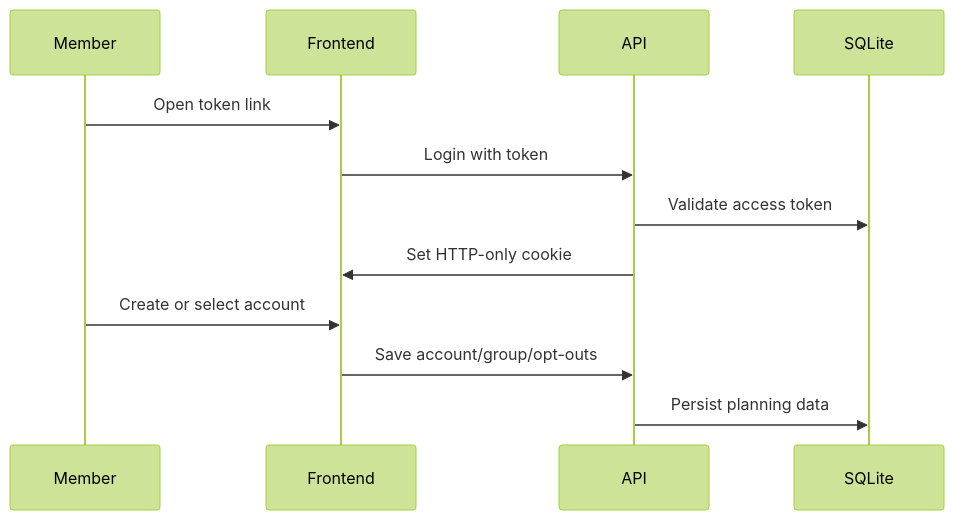
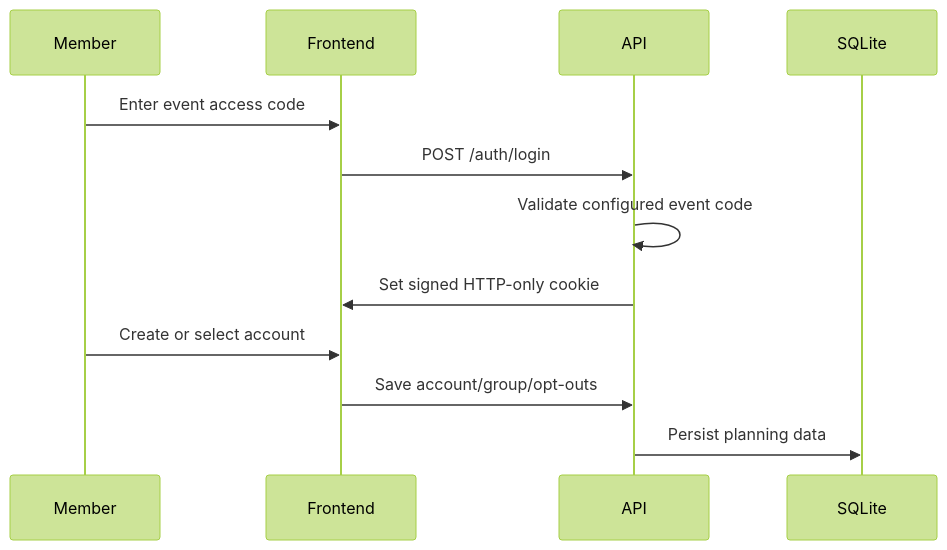
One commit to ini272/open-flair-shiftplan changed the first of 2 diagrams in docs/architecture/overview.md. Above: the diagram before and after it, drawn with Mermaid (forest theme). The commit also changed other lines of this file and 34 other files, not shown here.

Commit message:
change token to event_code

````diff
--- a/docs/architecture/overview.md
+++ b/docs/architecture/overview.md
@@ -14,15 +14,15 @@
 ```mermaid
 sequenceDiagram
     participant Member
     participant Frontend
     participant API
     participant DB as SQLite
 
-    Member->>Frontend: Open token link
-    Frontend->>API: Login with token
-    API->>DB: Validate access token
-    API->>Frontend: Set HTTP-only cookie
+    Member->>Frontend: Enter event access code
+    Frontend->>API: POST /auth/login
+    API->>API: Validate configured event code
+    API->>Frontend: Set signed HTTP-only cookie
     Member->>Frontend: Create or select account
     Frontend->>API: Save account/group/opt-outs
     API->>DB: Persist planning data
 ```
````
